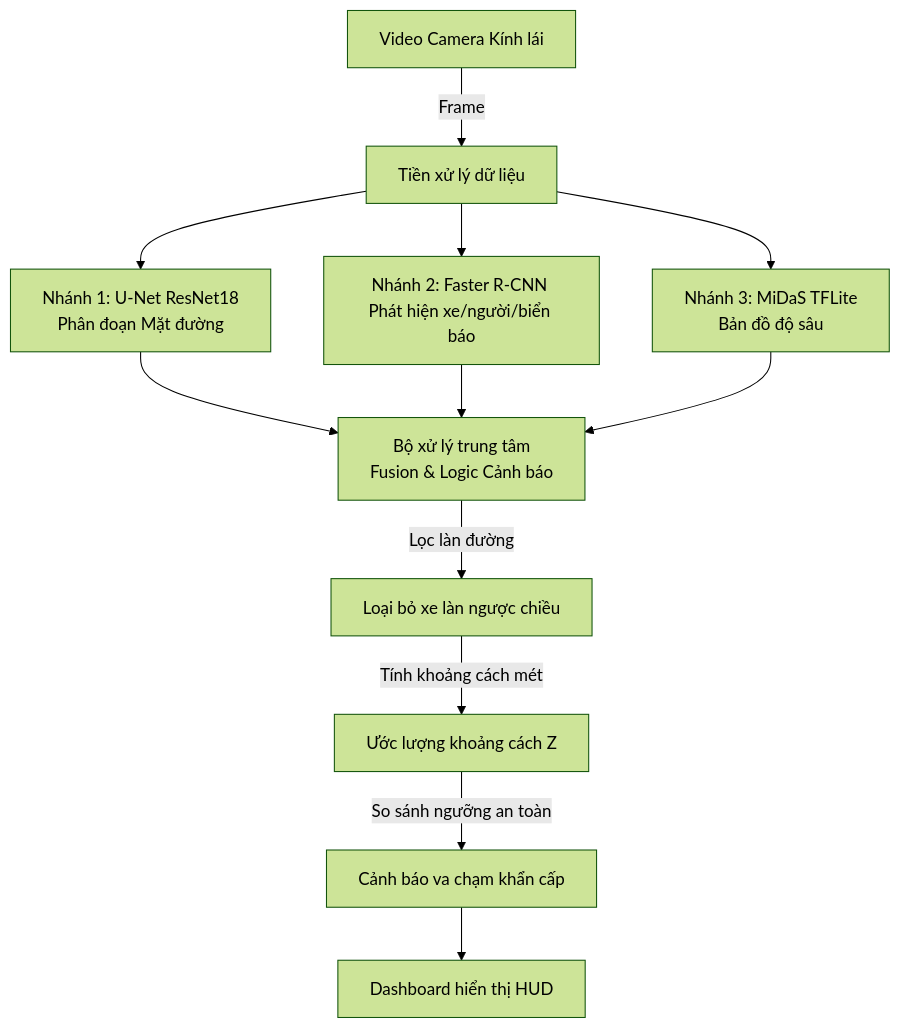
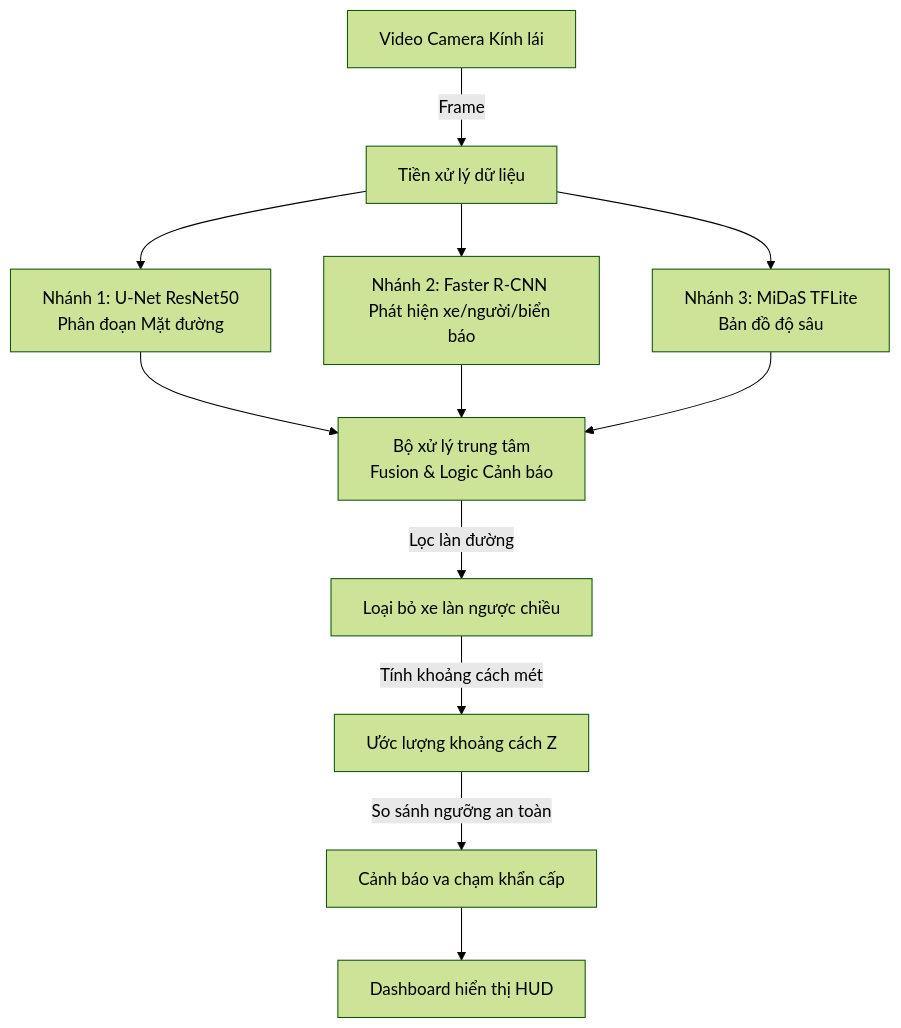
The diagram in bao_cao_bai_tap_lon.md (xuanhai0913/group9-scene-understanding), drawn with Mermaid (forest theme) before and after one commit. The commit also changed other lines of this file and 35 other files, not shown here.

````diff
--- a/bao_cao_bai_tap_lon.md
+++ b/bao_cao_bai_tap_lon.md
@@ -23,17 +23,17 @@
 ```mermaid
 graph TD
     Input[Video Camera Kính lái] -->|Frame| Preprocess[Tiền xử lý dữ liệu]
-    Preprocess --> Seg[Nhánh 1: U-Net ResNet18 <br>Phân đoạn Mặt đường]
+    Preprocess --> Seg[Nhánh 1: U-Net ResNet50 <br>Phân đoạn Mặt đường]
     Preprocess --> Det[Nhánh 2: Faster R-CNN <br>Phát hiện xe/người/biển báo]
     Preprocess --> Depth[Nhánh 3: MiDaS TFLite <br>Bản đồ độ sâu]
     
     Seg --> Integration[Bộ xử lý trung tâm <br>Fusion & Logic Cảnh báo]
     Det --> Integration
     Depth --> Integration
     
     Integration -->|Lọc làn đường| LaneFilter[Loại bỏ xe làn ngược chiều]
     LaneFilter -->|Tính khoảng cách mét| DistCalc[Ước lượng khoảng cách Z]
     DistCalc -->|So sánh ngưỡng an toàn| AlertSystem[Cảnh báo va chạm khẩn cấp]
     
     AlertSystem --> Output[Dashboard hiển thị HUD]
 ```
````
